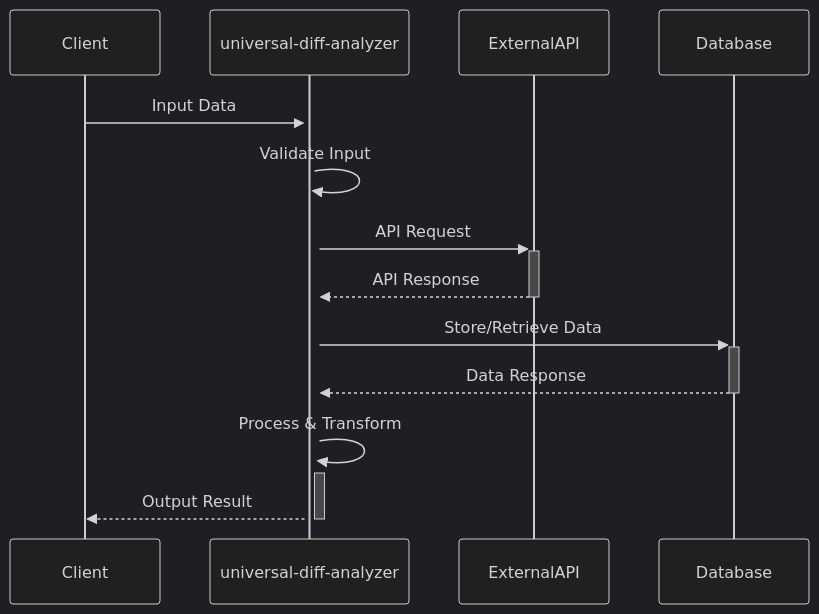
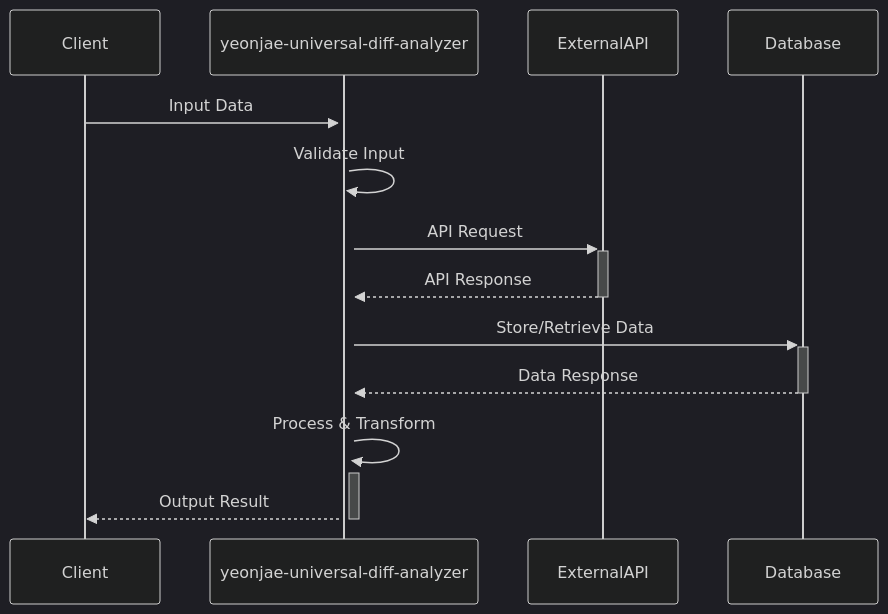
One commit to yeonjae-work/universal-modules changed the third of 4 diagrams in packages/yeonjae-universal-diff-analyzer/docs/technical-specification.md. Above: the diagram before and after it, drawn with Mermaid (dark theme). The commit also changed other lines of this file and 11 other files, not shown here.

````diff
--- a/packages/yeonjae-universal-diff-analyzer/docs/technical-specification.md
+++ b/packages/yeonjae-universal-diff-analyzer/docs/technical-specification.md
@@ -150,16 +150,16 @@
 ```mermaid
 sequenceDiagram
     participant Client
-    participant universal-diff-analyzer
+    participant yeonjae-universal-diff-analyzer
     participant ExternalAPI
     participant Database
     
-    Client->>+universal-diff-analyzer: Input Data
-    universal-diff-analyzer->>+universal-diff-analyzer: Validate Input
-    universal-diff-analyzer->>+ExternalAPI: API Request
-    ExternalAPI-->>-universal-diff-analyzer: API Response
-    universal-diff-analyzer->>+Database: Store/Retrieve Data
-    Database-->>-universal-diff-analyzer: Data Response
-    universal-diff-analyzer->>+universal-diff-analyzer: Process & Transform
-    universal-diff-analyzer-->>-Client: Output Result
+    Client->>+yeonjae-universal-diff-analyzer: Input Data
+    yeonjae-universal-diff-analyzer->>+yeonjae-universal-diff-analyzer: Validate Input
+    yeonjae-universal-diff-analyzer->>+ExternalAPI: API Request
+    ExternalAPI-->>-yeonjae-universal-diff-analyzer: API Response
+    yeonjae-universal-diff-analyzer->>+Database: Store/Retrieve Data
+    Database-->>-yeonjae-universal-diff-analyzer: Data Response
+    yeonjae-universal-diff-analyzer->>+yeonjae-universal-diff-analyzer: Process & Transform
+    yeonjae-universal-diff-analyzer-->>-Client: Output Result
 ```
````
